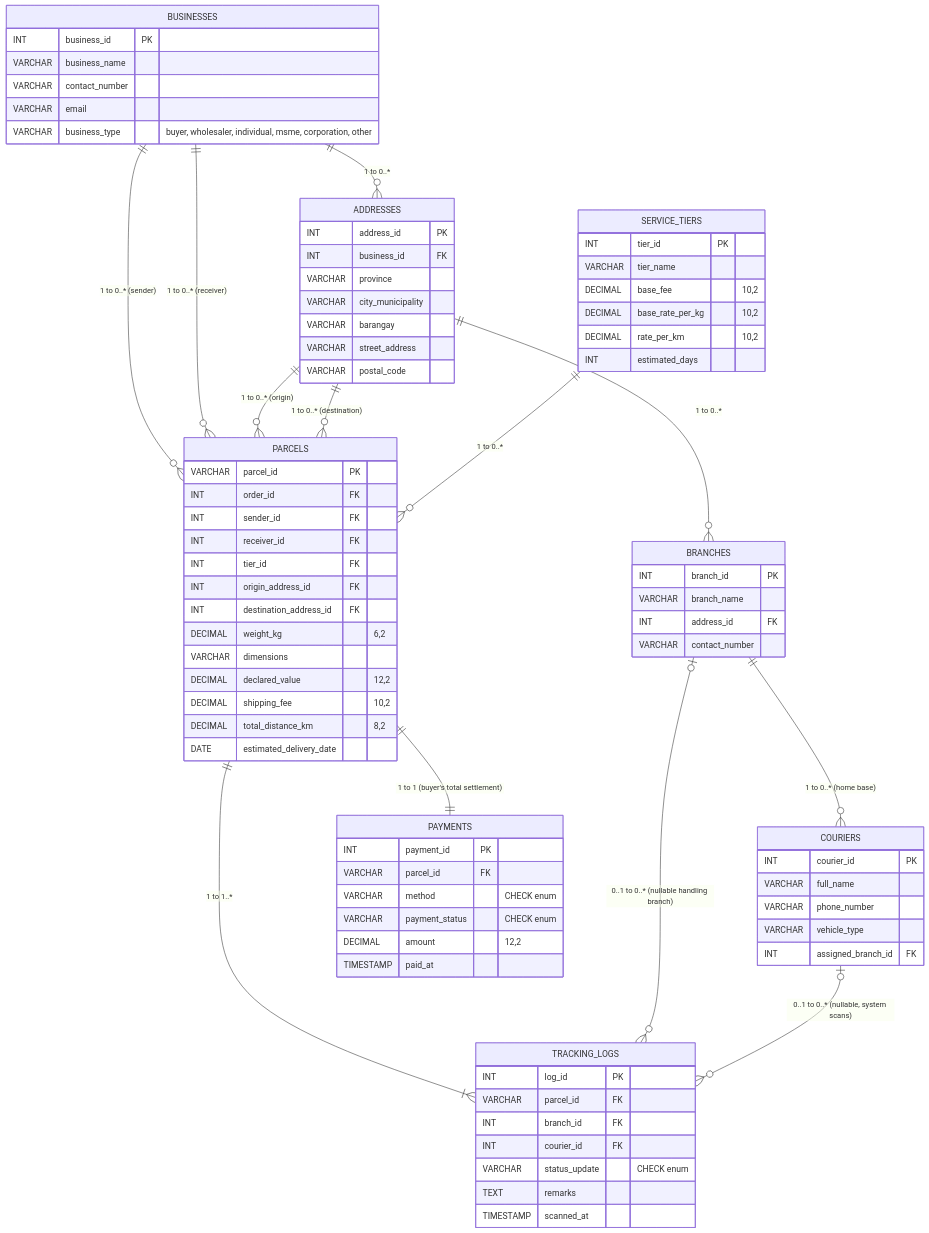
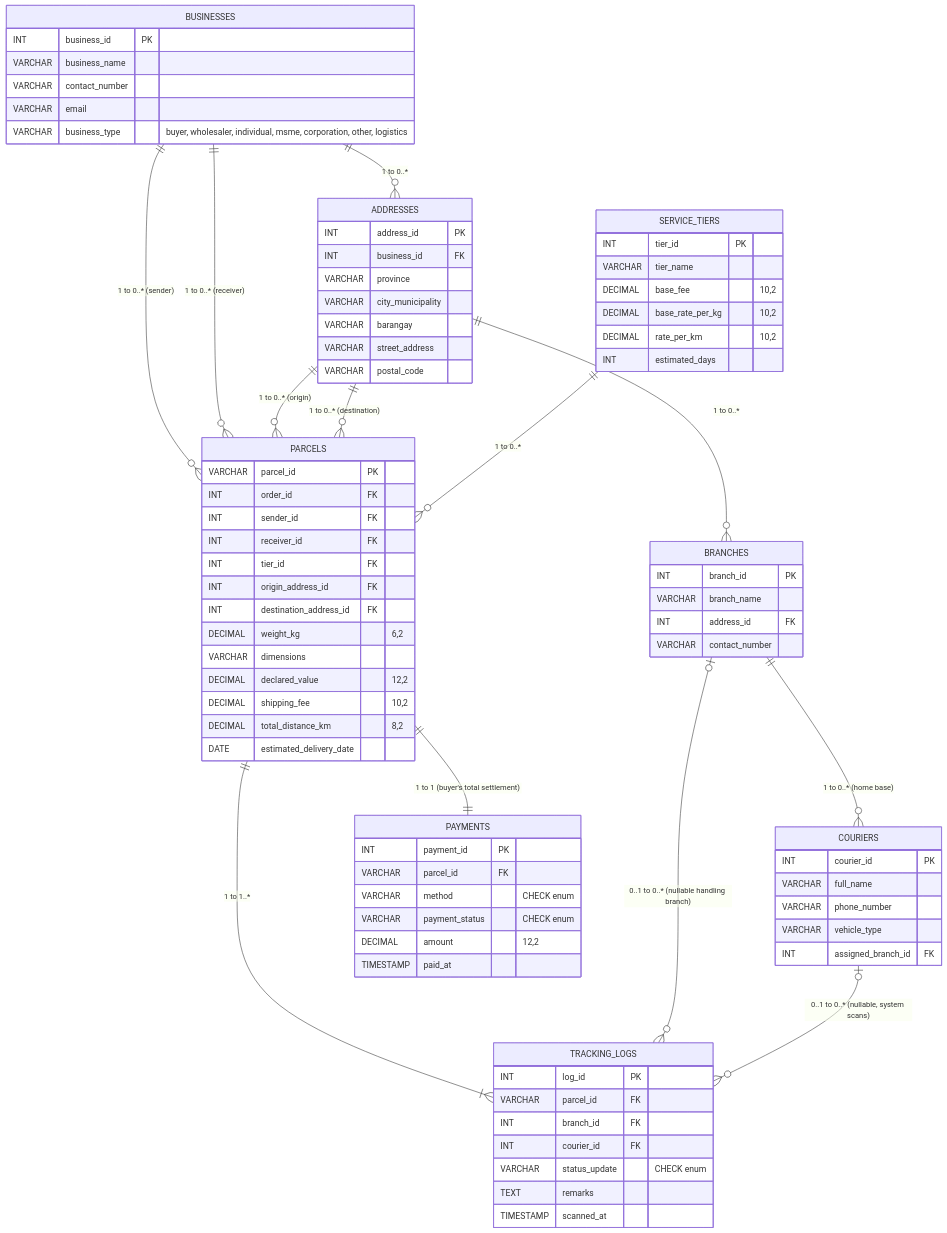
One commit to nateponds/LINKO changed the diagram in docs/LINKO_ERD.md. Above: the diagram before and after it, drawn with Mermaid. The commit also changed other lines of this file and 17 other files, not shown here.

```diff
--- a/docs/LINKO_ERD.md
+++ b/docs/LINKO_ERD.md
@@ -29,7 +29,7 @@
         VARCHAR business_name
         VARCHAR contact_number
         VARCHAR email
-        VARCHAR business_type "buyer, wholesaler, individual, msme, corporation, other"
+        VARCHAR business_type "buyer, wholesaler, individual, msme, corporation, other, logistics"
     }
 
     BRANCHES {
```
